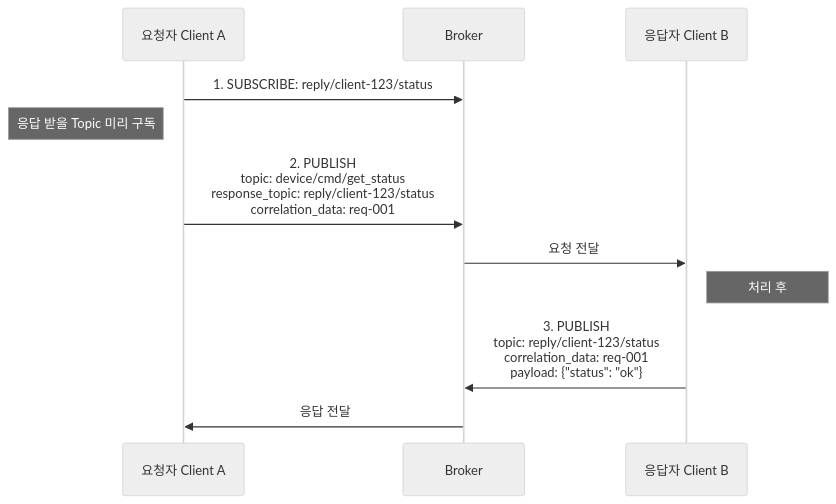
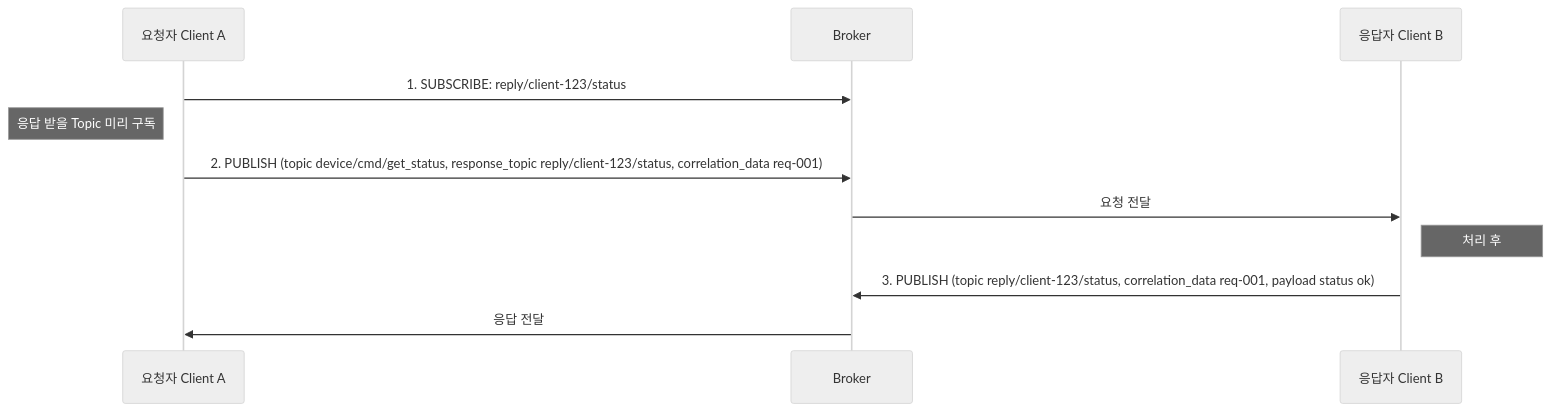
One commit to kenshin579/blog-v2.advenoh.pe.kr changed the third of 4 diagrams in contents/database/mqtt-v5-완벽-가이드-4-고급-기능과-보안/index.md. Above: the diagram before and after it, drawn with Mermaid (neutral theme). The commit also changed other lines of this file and 47 other files, not shown here.

````diff
--- a/contents/database/mqtt-v5-완벽-가이드-4-고급-기능과-보안/index.md
+++ b/contents/database/mqtt-v5-완벽-가이드-4-고급-기능과-보안/index.md
@@ -109,17 +109,17 @@
 ```mermaid
 sequenceDiagram
     participant A as 요청자 Client A
     participant Broker
     participant B as 응답자 Client B
 
     A->>Broker: 1. SUBSCRIBE: reply/client-123/status
     Note left of A: 응답 받을 Topic 미리 구독
 
-    A->>Broker: 2. PUBLISH<br/>topic: device/cmd/get_status<br/>response_topic: reply/client-123/status<br/>correlation_data: req-001
+    A->>Broker: 2. PUBLISH (topic device/cmd/get_status, response_topic reply/client-123/status, correlation_data req-001)
     Broker->>B: 요청 전달
 
     Note right of B: 처리 후
 
-    B->>Broker: 3. PUBLISH<br/>topic: reply/client-123/status<br/>correlation_data: req-001<br/>payload: {"status": "ok"}
+    B->>Broker: 3. PUBLISH (topic reply/client-123/status, correlation_data req-001, payload status ok)
     Broker->>A: 응답 전달
 ```
````
